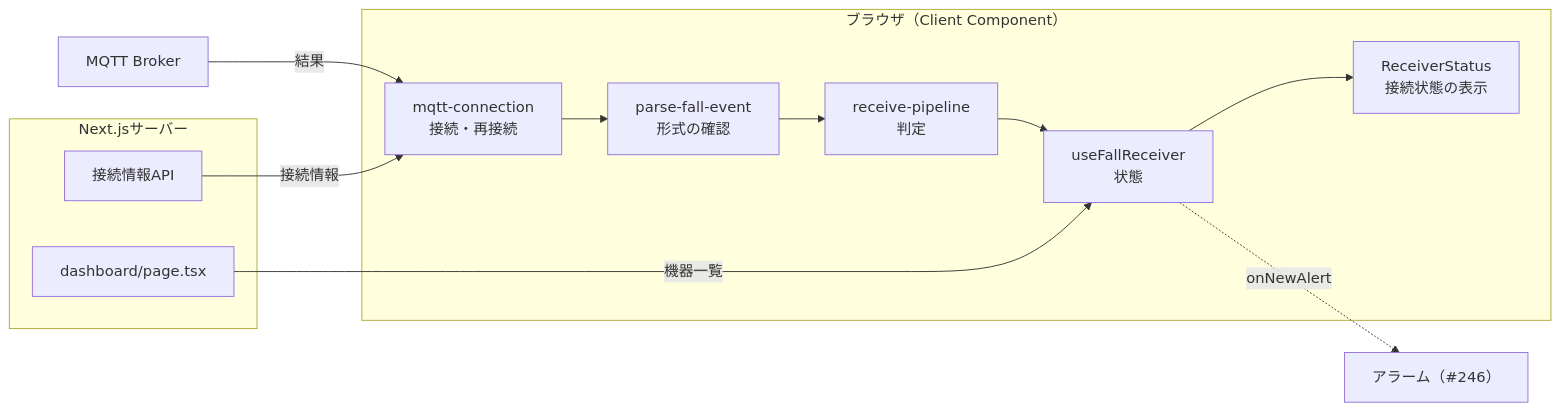
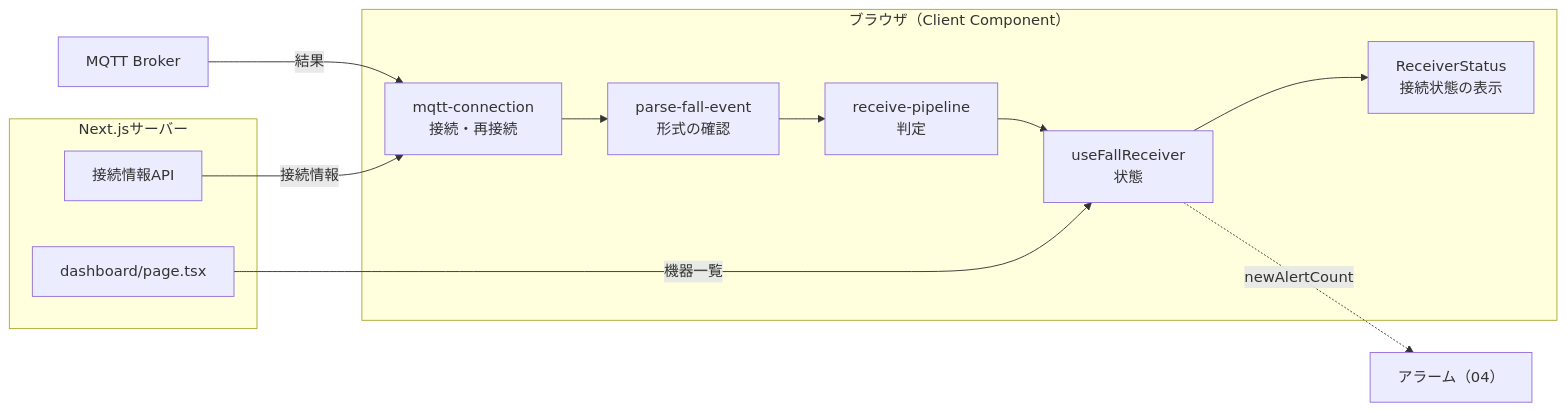
Before and after one commit to CCCproject2026/ccc_project_2026: the first of 3 diagrams in docs/detailed_design/web/03_AI判定結果の受信詳細設計.md, drawn with Mermaid. The commit also changed other lines of this file and 26 other files, not shown here.

````diff
--- a/docs/detailed_design/web/03_AI判定結果の受信詳細設計.md
+++ b/docs/detailed_design/web/03_AI判定結果の受信詳細設計.md
@@ -33,22 +33,22 @@
 ```mermaid
 flowchart LR
     B["MQTT Broker"]
 
     subgraph BR["ブラウザ（Client Component）"]
         C["mqtt-connection<br/>接続・再接続"]
         P["parse-fall-event<br/>形式の確認"]
         R["receive-pipeline<br/>判定"]
         H["useFallReceiver<br/>状態"]
         S["ReceiverStatus<br/>接続状態の表示"]
     end
 
     subgraph SV["Next.jsサーバー"]
         API["接続情報API"]
         PG["dashboard/page.tsx"]
     end
 
     B -->|結果| C --> P --> R --> H --> S
     API -->|接続情報| C
     PG -->|機器一覧| H
-    H -.->|onNewAlert| X["アラーム（#246）"]
+    H -.->|newAlertCount| X["アラーム（04）"]
 ```
````
